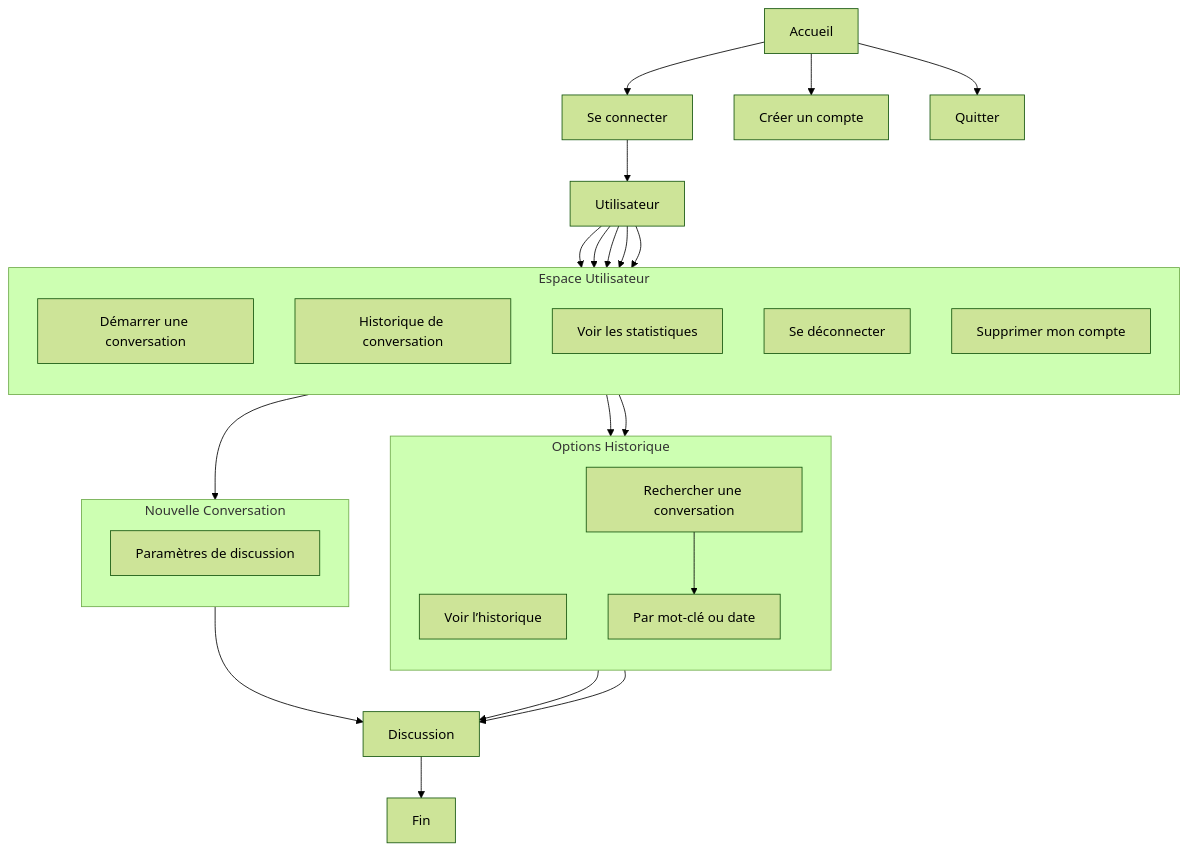
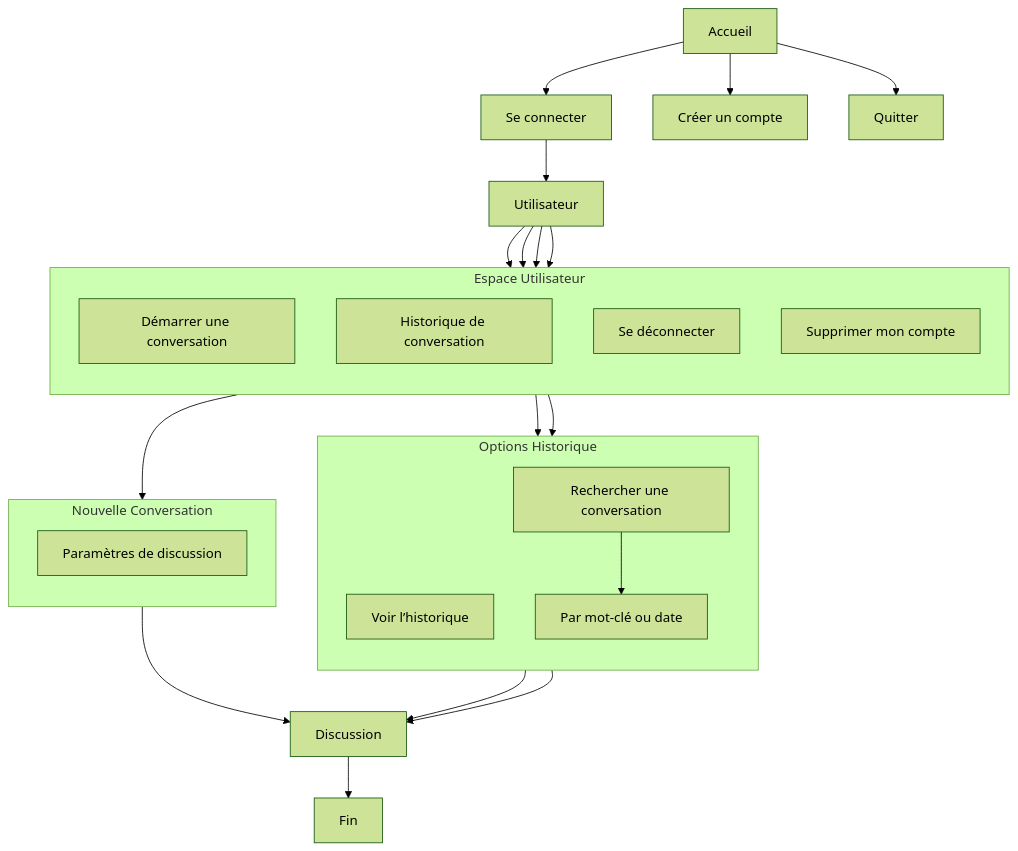
Before and after one commit to ensaiGPT17/EnsaiGPT: the diagram in doc/graphics_pour_le_dossier_d'analyse/DA_global.mermaid, drawn with Mermaid (forest theme). The commit also changed 2 other files, not shown here.

Commit message:
mise à jour et finalisation des diagramme

```diff
--- a/doc/graphics_pour_le_dossier_d'analyse/DA_global.mermaid
+++ b/doc/graphics_pour_le_dossier_d'analyse/DA_global.mermaid
@@ -1,48 +1,46 @@
 graph TD
   A["Accueil"] --> B["Se connecter"]
   A --> C["Créer un compte"]
   A --> D["Quitter"]
 
   B --> E["Utilisateur"]
 
   %% Sous-espace utilisateur
   subgraph "Espace Utilisateur"
     direction TB
     F["Démarrer une conversation"]
     G["Historique de conversation"]
-    H["Voir les statistiques"]
     I["Se déconnecter"]
     J["Supprimer mon compte"]
   end
 
   E --> F
   E --> G
-  E --> H
   E --> I
   E --> J
 
   %% Historique
   subgraph "Options Historique"
     direction TB
     G1["Voir l’historique"]
     G2["Rechercher une conversation"]
     G21["Par mot-clé ou date"]
   end
 
   G --> G1
   G --> G2
   G2 --> G21
   G1 --> Disc["Discussion"]
   G21 --> Disc
 
   %% Nouvelle conversation
   subgraph "Nouvelle Conversation"
     direction TB
     F1["Paramètres de discussion"]
   end
 
   F --> F1
   F1 --> Disc
 
   %% Fin
   Disc --> K["Fin"]
```
